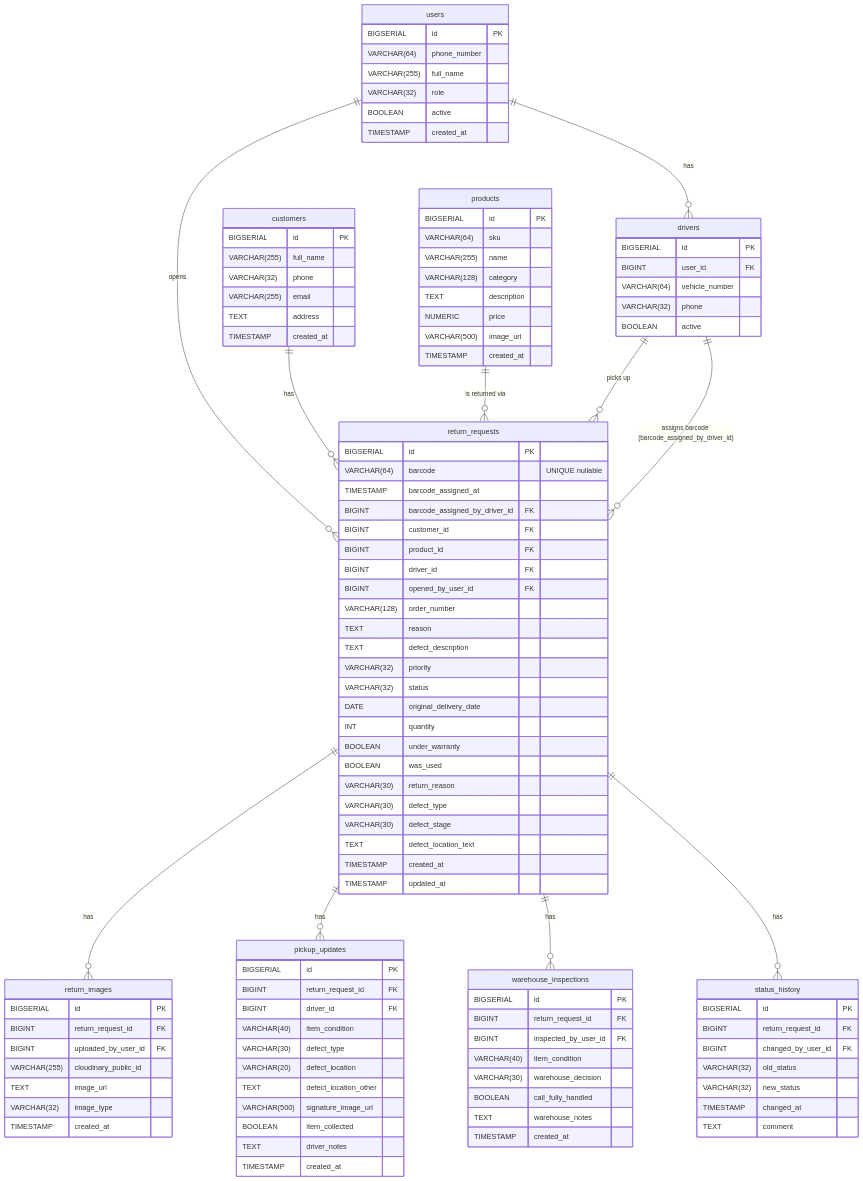
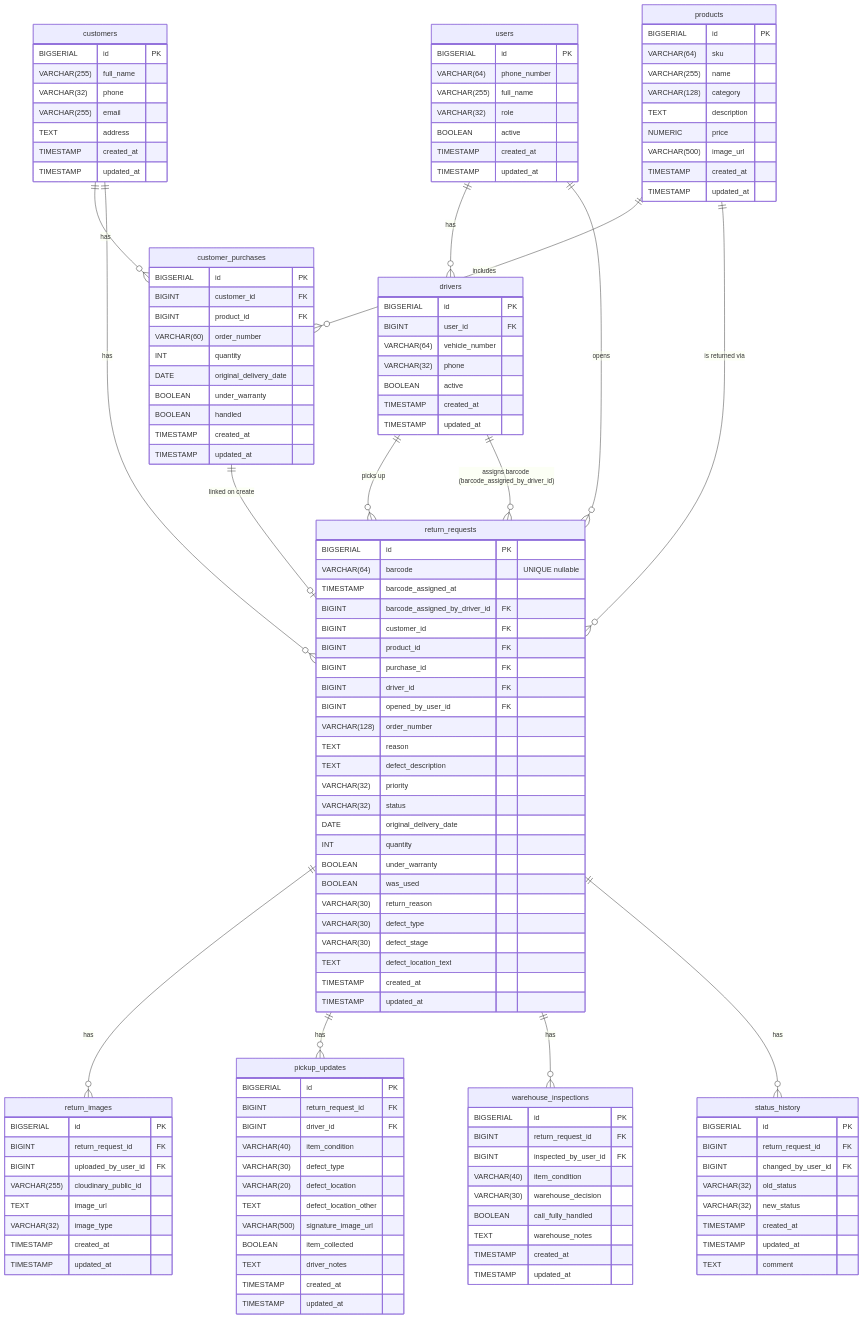
The diagram in database/erd.md (igaliofe/Digital-returns-bridge), drawn with Mermaid before and after one commit. The commit also changed other lines of this file and 133 other files, not shown here.

```diff
--- a/database/erd.md
+++ b/database/erd.md
@@ -16,6 +16,7 @@
         VARCHAR(32) role
         BOOLEAN     active
         TIMESTAMP   created_at
+        TIMESTAMP   updated_at
     }
 
     customers {
@@ -25,6 +26,7 @@
         VARCHAR(255) email
         TEXT         address
         TIMESTAMP    created_at
+        TIMESTAMP    updated_at
     }
 
     products {
@@ -36,6 +38,20 @@
         NUMERIC      price
         VARCHAR(500) image_url
         TIMESTAMP    created_at
+        TIMESTAMP    updated_at
+    }
+
+    customer_purchases {
+        BIGSERIAL    id                      PK
+        BIGINT       customer_id             FK
+        BIGINT       product_id              FK
+        VARCHAR(60)  order_number
+        INT          quantity
+        DATE         original_delivery_date
+        BOOLEAN      under_warranty
+        BOOLEAN      handled
+        TIMESTAMP    created_at
+        TIMESTAMP    updated_at
     }
 
     drivers {
@@ -44,6 +60,8 @@
         VARCHAR(64) vehicle_number
         VARCHAR(32) phone
         BOOLEAN     active
+        TIMESTAMP   created_at
+        TIMESTAMP   updated_at
     }
 
     return_requests {
@@ -53,6 +71,7 @@
         BIGINT       barcode_assigned_by_driver_id FK
         BIGINT       customer_id                   FK
         BIGINT       product_id                    FK
+        BIGINT       purchase_id                   FK
         BIGINT       driver_id                     FK
         BIGINT       opened_by_user_id             FK
         VARCHAR(128) order_number
@@ -80,6 +99,7 @@
         TEXT         image_url
         VARCHAR(32)  image_type
         TIMESTAMP    created_at
+        TIMESTAMP    updated_at
     }
 
     pickup_updates {
@@ -94,6 +114,7 @@
         BOOLEAN     item_collected
         TEXT        driver_notes
         TIMESTAMP   created_at
+        TIMESTAMP   updated_at
     }
 
     warehouse_inspections {
@@ -105,6 +126,7 @@
         BOOLEAN     call_fully_handled
         TEXT        warehouse_notes
         TIMESTAMP   created_at
+        TIMESTAMP   updated_at
     }
 
     status_history {
@@ -113,12 +135,16 @@
         BIGINT      changed_by_user_id FK
         VARCHAR(32) old_status
         VARCHAR(32) new_status
-        TIMESTAMP   changed_at
+        TIMESTAMP   created_at
+        TIMESTAMP   updated_at
         TEXT        comment
     }
 
     users             ||--o{ drivers              : "has"
     users             ||--o{ return_requests       : "opens"
+    customers         ||--o{ customer_purchases    : "has"
+    products          ||--o{ customer_purchases    : "includes"
+    customer_purchases ||--o| return_requests      : "linked on create"
     customers         ||--o{ return_requests       : "has"
     products          ||--o{ return_requests       : "is returned via"
     drivers           ||--o{ return_requests       : "picks up"
```
